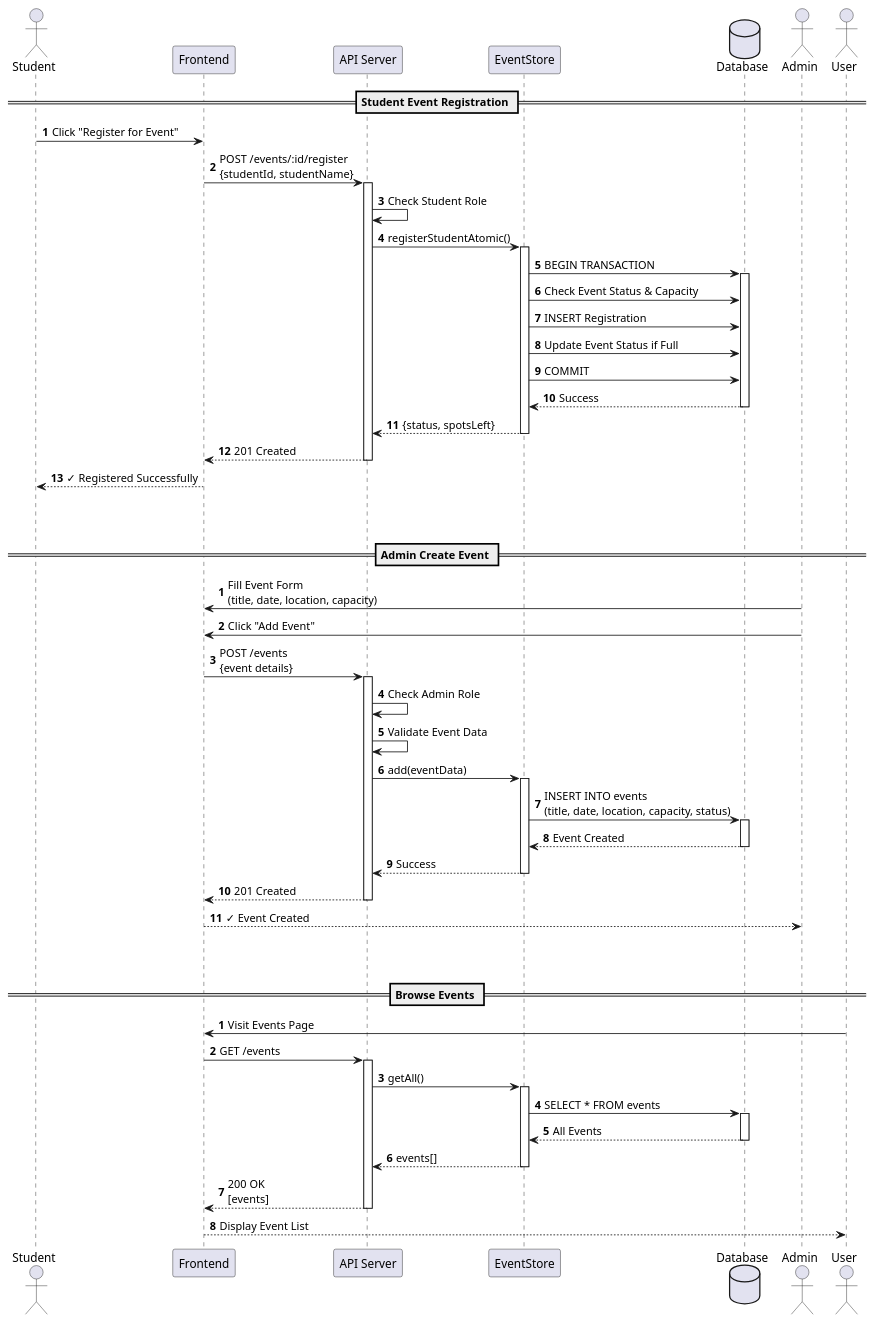
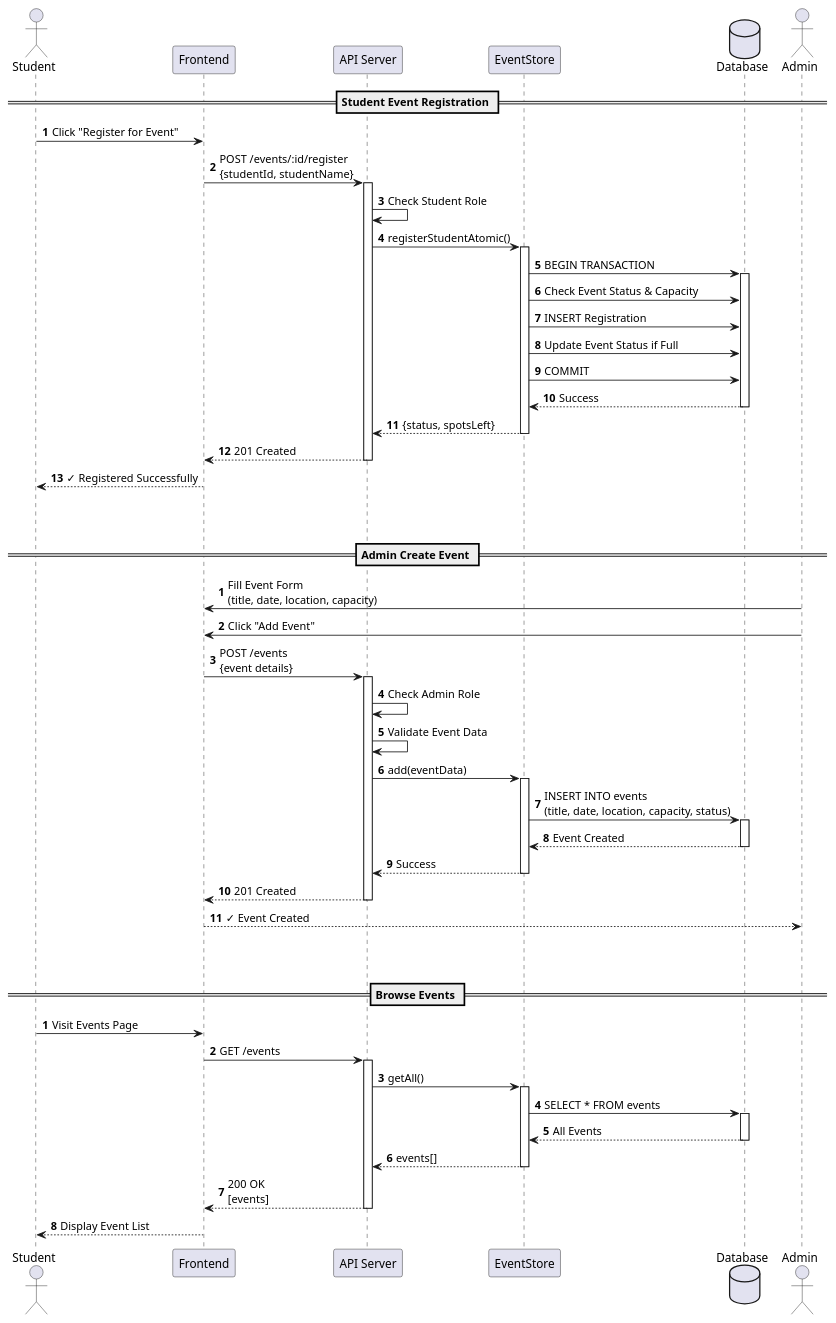
The diagram in CampusEventsSystem/backend diagrams/sequen diagram/campus-events-sequence.puml (kamel1314/Software-Project), drawn with PlantUML before and after one commit. The commit also changed 2 other files, not shown here.

Commit message:
Refactor sequence diagram to clarify student interactions and remove obsolete diagram files

```diff
--- a/CampusEventsSystem/backend diagrams/sequen diagram/campus-events-sequence.puml
+++ b/CampusEventsSystem/backend diagrams/sequen diagram/campus-events-sequence.puml
@@ -1,85 +1,84 @@
 @startuml Campus Events System - Main Flows
 
 '=== Student Registration ===
 actor Student
 participant "Frontend" as Frontend
 participant "API Server" as API
 participant "EventStore" as Store
 database "Database" as DB
 
 == Student Event Registration ==
 autonumber
 Student -> Frontend: Click "Register for Event"
 Frontend -> API: POST /events/:id/register\n{studentId, studentName}
 activate API
 
 API -> API: Check Student Role
 API -> Store: registerStudentAtomic()
 activate Store
 
 Store -> DB: BEGIN TRANSACTION
 activate DB
 Store -> DB: Check Event Status & Capacity
 Store -> DB: INSERT Registration
 Store -> DB: Update Event Status if Full
 Store -> DB: COMMIT
 DB --> Store: Success
 deactivate DB
 
 Store --> API: {status, spotsLeft}
 deactivate Store
 API --> Frontend: 201 Created
 deactivate API
 Frontend --> Student: ✓ Registered Successfully
 
 |||
 |||
 
 == Admin Create Event ==
 autonumber
 actor Admin
 Admin -> Frontend: Fill Event Form\n(title, date, location, capacity)
 Admin -> Frontend: Click "Add Event"
 Frontend -> API: POST /events\n{event details}
 activate API
 
 API -> API: Check Admin Role
 API -> API: Validate Event Data
 API -> Store: add(eventData)
 activate Store
 
 Store -> DB: INSERT INTO events\n(title, date, location, capacity, status)
 activate DB
 DB --> Store: Event Created
 deactivate DB
 
 Store --> API: Success
 deactivate Store
 API --> Frontend: 201 Created
 deactivate API
 Frontend --> Admin: ✓ Event Created
 
 |||
 |||
 
 == Browse Events ==
 autonumber
-actor User
-User -> Frontend: Visit Events Page
+Student -> Frontend: Visit Events Page
 Frontend -> API: GET /events
 activate API
 
 API -> Store: getAll()
 activate Store
 Store -> DB: SELECT * FROM events
 activate DB
 DB --> Store: All Events
 deactivate DB
 Store --> API: events[]
 deactivate Store
 
 API --> Frontend: 200 OK\n[events]
 deactivate API
-Frontend --> User: Display Event List
+Frontend --> Student: Display Event List
 
 @enduml
```
